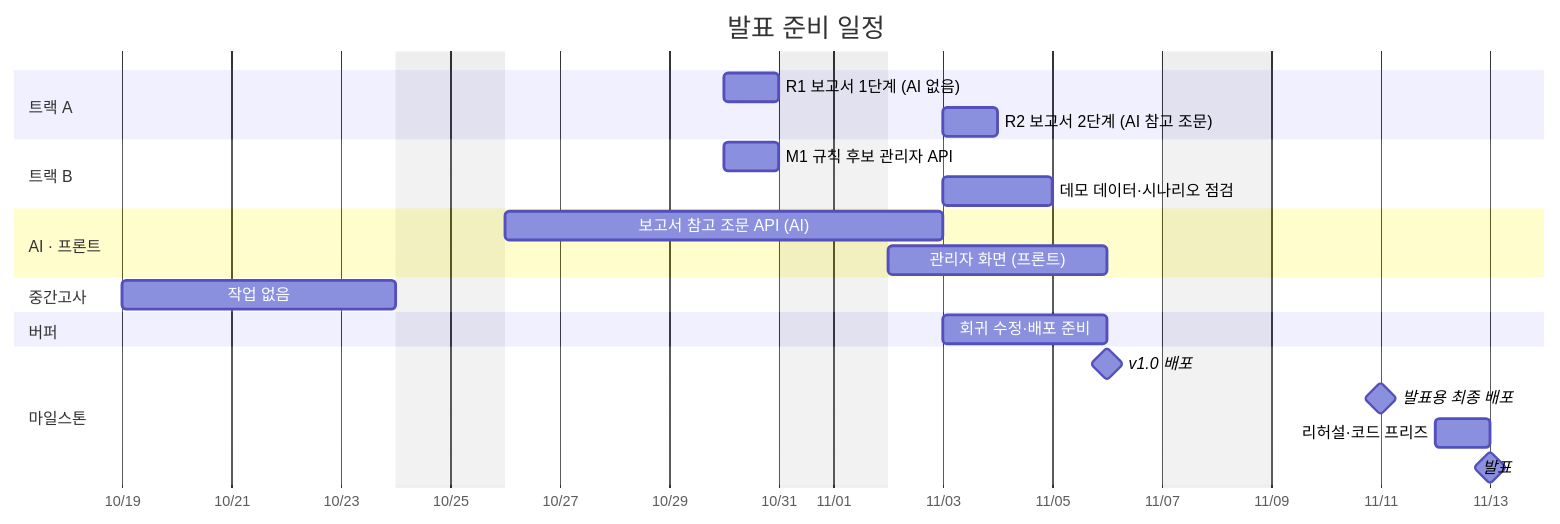
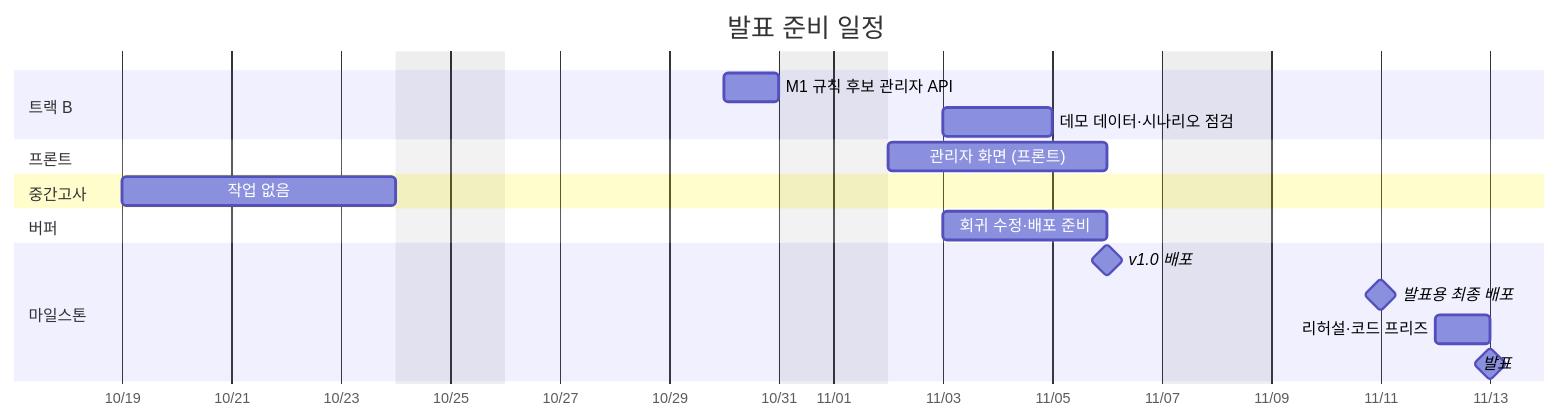
Before and after one commit to RainDrop3/ktc4-pusan-4: the fourth of 4 diagrams in docs/backend_api_plan.md, drawn with Mermaid. The commit also changed other lines of this file and 3 other files, not shown here.

````diff
--- a/docs/backend_api_plan.md
+++ b/docs/backend_api_plan.md
@@ -296,31 +290,26 @@
 ```mermaid
 gantt
     title 발표 준비 일정
     dateFormat YYYY-MM-DD
     axisFormat %m/%d
     excludes weekends
 
-    section 트랙 A
-    R1 보고서 1단계 (AI 없음)      :r1, 2026-10-30, 1d
-    R2 보고서 2단계 (AI 참고 조문) :r2, 2026-11-03, 1d
-
     section 트랙 B
     M1 규칙 후보 관리자 API        :m1, 2026-10-30, 1d
     데모 데이터·시나리오 점검      :demo, 2026-11-03, 2d
 
-    section AI · 프론트
-    보고서 참고 조문 API (AI)      :ai1, 2026-10-26, 2026-11-03
+    section 프론트
     관리자 화면 (프론트)           :fe1, 2026-11-02, 4d
 
     section 중간고사
     작업 없음                      :exam, 2026-10-19, 2026-10-24
 
     section 버퍼
     회귀 수정·배포 준비            :buf, 2026-11-03, 3d
 
     section 마일스톤
     v1.0 배포                      :milestone, rel, 2026-11-06, 0d
     발표용 최종 배포               :milestone, fin, 2026-11-11, 0d
     리허설·코드 프리즈             :freeze, 2026-11-12, 1d
     발표                           :milestone, pres, 2026-11-13, 0d
 ```
````
